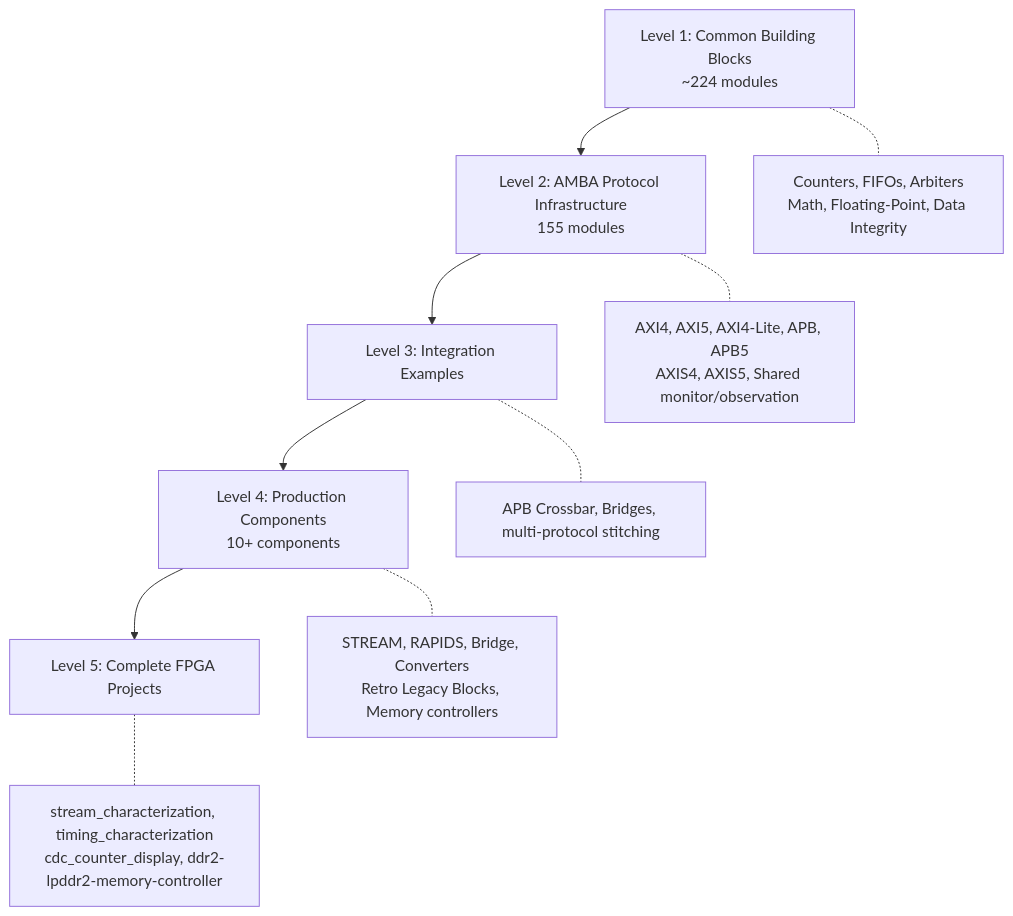
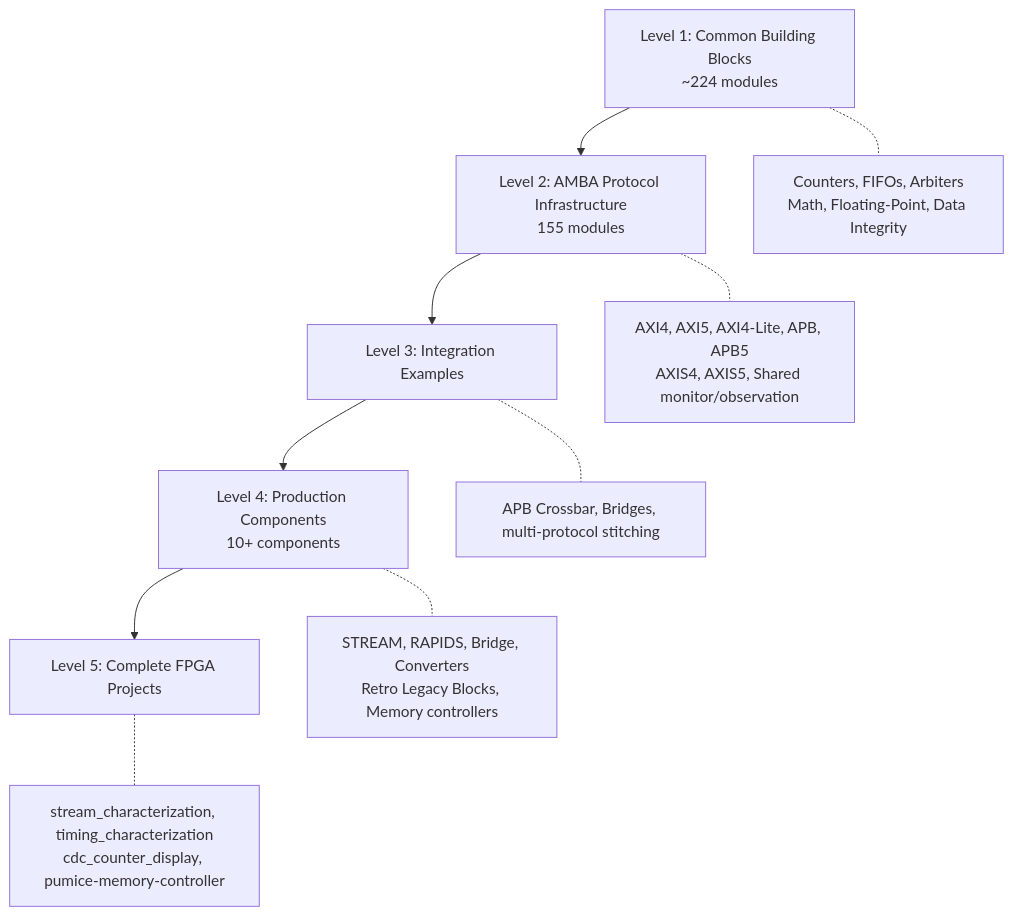
Before and after one commit to sean-galloway/RTLDesignSherpa: the diagram in README.md, drawn with Mermaid. The commit also changed other lines of this file and 488 other files, not shown here.

First line of the commit message:
refactor(pumice): rename ddr2-lpddr2 IP -> pumice (codename)

````diff
--- a/README.md
+++ b/README.md
@@ -77,19 +77,19 @@
 ```mermaid
 graph TD
     L1[Level 1: Common Building Blocks<br/>~224 modules] --> L2[Level 2: AMBA Protocol Infrastructure<br/>155 modules]
     L2 --> L3[Level 3: Integration Examples]
     L3 --> L4[Level 4: Production Components<br/>10+ components]
     L4 --> L5[Level 5: Complete FPGA Projects]
 
     L1 -.- L1D[Counters, FIFOs, Arbiters<br/>Math, Floating-Point, Data Integrity]
     L2 -.- L2D[AXI4, AXI5, AXI4-Lite, APB, APB5<br/>AXIS4, AXIS5, Shared monitor/observation]
     L3 -.- L3D[APB Crossbar, Bridges, multi-protocol stitching]
     L4 -.- L4D[STREAM, RAPIDS, Bridge, Converters<br/>Retro Legacy Blocks, Memory controllers]
-    L5 -.- L5D[stream_characterization, timing_characterization<br/>cdc_counter_display, ddr2-lpddr2-memory-controller]
+    L5 -.- L5D[stream_characterization, timing_characterization<br/>cdc_counter_display, pumice-memory-controller]
 
     click L1 "rtl/common/" "Common Building Blocks"
     click L2 "rtl/amba/" "AMBA Protocol Infrastructure"
     click L3 "rtl/integ_amba/" "Integration Examples"
     click L4 "projects/components/" "Production Components"
     click L5 "projects/NexysA7/" "FPGA Projects"
 ```
````
